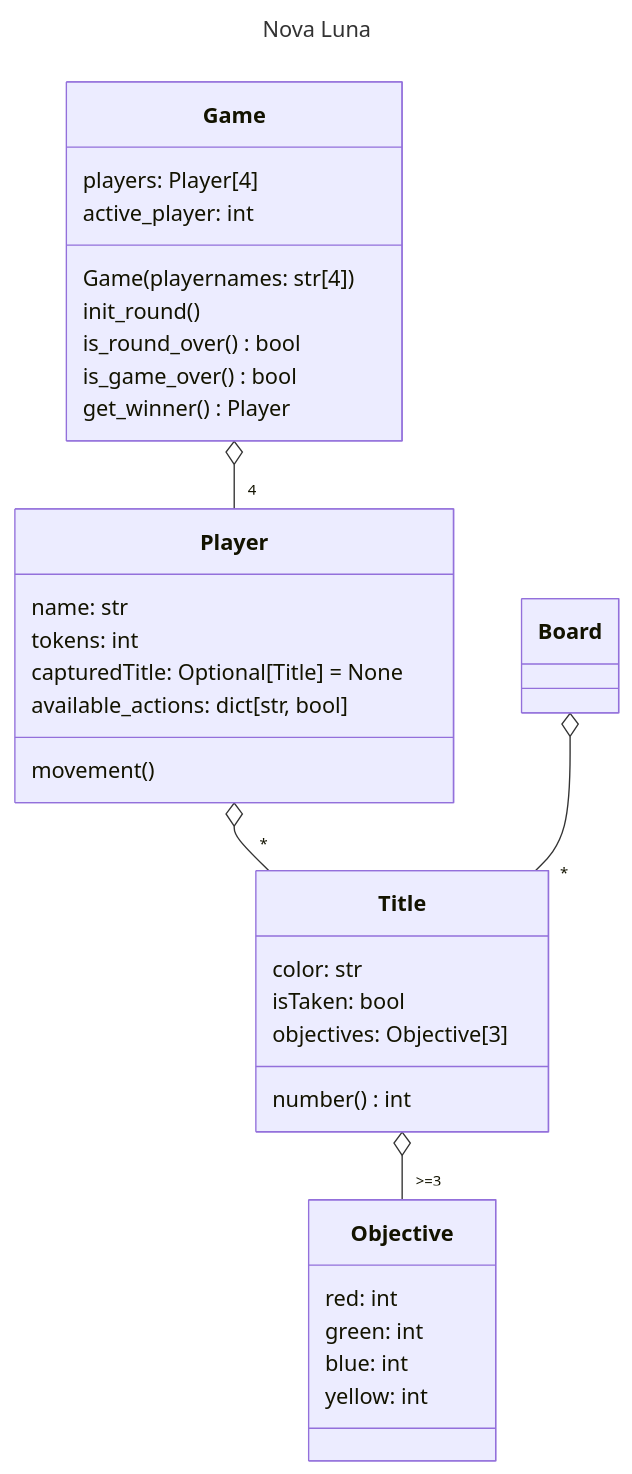
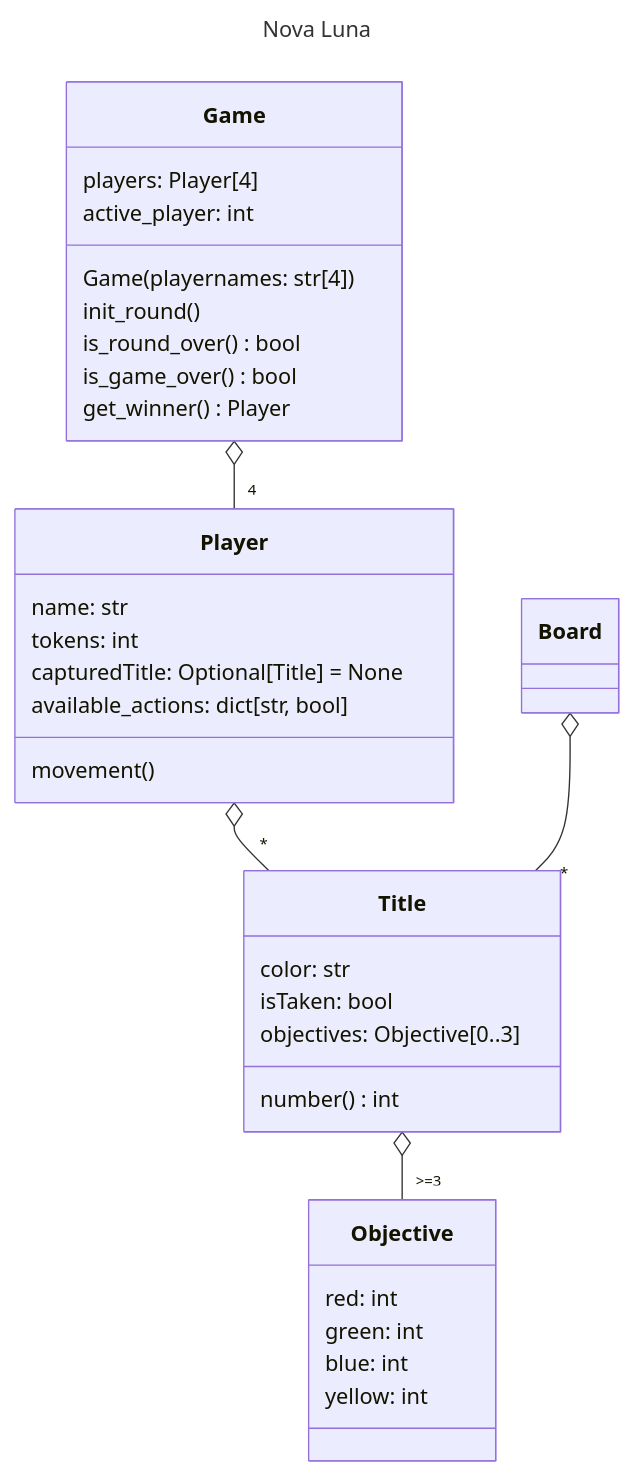
The diagram in classdiagram.md (Uni-Sopron/nova-luna), drawn with Mermaid before and after one commit.

Commit message:
Objectiva lehet 0 1 2 vagy 3

````diff
--- a/classdiagram.md
+++ b/classdiagram.md
@@ -1,45 +1,45 @@
 ```mermaid
 ---
 title: Nova Luna
 ---
 classDiagram
 
 class Game {
     players: Player[4]
     active_player: int
     Game(playernames: str[4])
     init_round()
     is_round_over() bool
     is_game_over() bool
     get_winner() Player
 }
 
 class Player {
     name: str
     tokens: int
     capturedTitle: Optional[Title] = None
     available_actions: dict[str, bool]
     movement()
 }
 Game o-- "4" Player
 
 class Title {
     color: str
     isTaken: bool
-    objectives: Objective[3]
+    objectives: Objective[0..3]
     number() int
 }
 Player o-- "*" Title
 
 class Board
 
 class Objective {
     red: int
     green: int
     blue: int
     yellow: int
 }
 Board o-- "*" Title
 Title o-- ">=3" Objective
 
 ```
````
